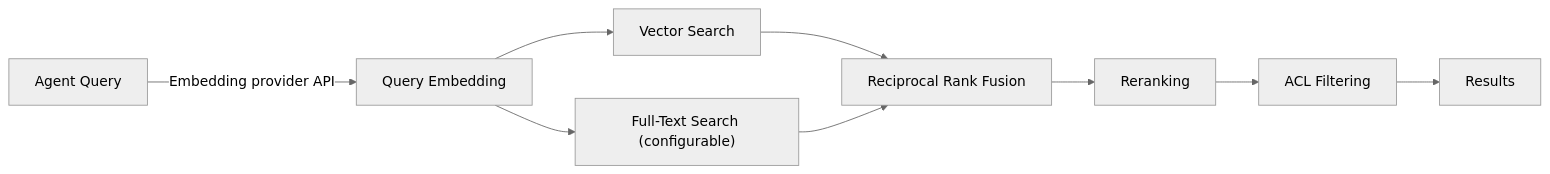
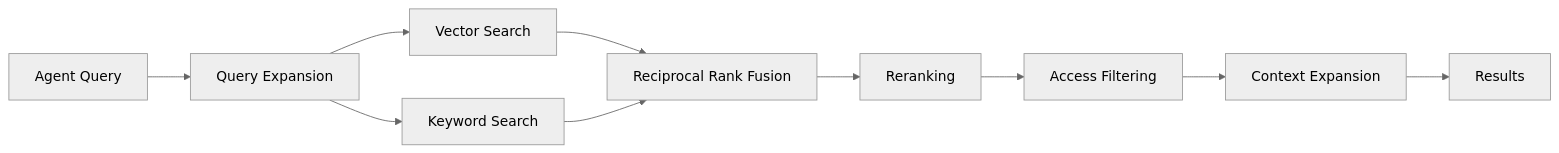
One commit to archestra-ai/archestra changed the second of 2 diagrams in docs/pages/platform-knowledge.md. Above: the diagram before and after it, drawn with Mermaid (neutral theme). The commit also changed other lines of this file and 6 other files, not shown here.

````diff
--- a/docs/pages/platform-knowledge.md
+++ b/docs/pages/platform-knowledge.md
@@ -472,11 +52,12 @@
 ```mermaid
 flowchart LR
-    Q[Agent Query] -->|Embedding provider API| QE[Query Embedding]
-    QE --> VS[Vector Search]
-    QE --> FTS["Full-Text Search (configurable)"]
+    Q[Agent Query] --> QX[Query Expansion]
+    QX --> VS[Vector Search]
+    QX --> FTS[Keyword Search]
     VS --> RRF[Reciprocal Rank Fusion]
     FTS --> RRF
     RRF --> RR[Reranking]
-    RR --> ACL[ACL Filtering]
-    ACL --> R[Results]
+    RR --> ACL[Access Filtering]
+    ACL --> CE[Context Expansion]
+    CE --> R[Results]
 ```
````
